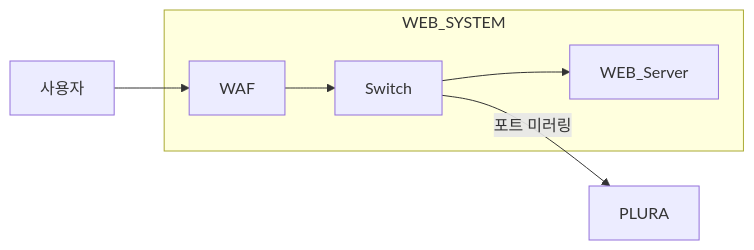
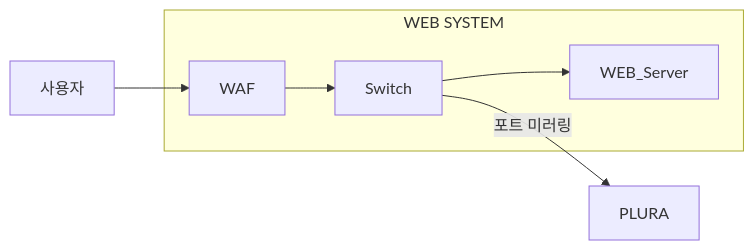
The diagram in benefits/ko/web_traffice_analysis_customer_value.md (qubitsec/plura), drawn with Mermaid before and after one commit.

````diff
--- a/benefits/ko/web_traffice_analysis_customer_value.md
+++ b/benefits/ko/web_traffice_analysis_customer_value.md
@@ -21,13 +21,13 @@
 ```mermaid
 graph LR
     사용자 --> WAF
     WAF --> Switch
     Switch --> WEB_Server
     Switch -- 포트 미러링 --> PLURA
 
-    subgraph WEB_SYSTEM
+    subgraph WEB SYSTEM
         WAF
         Switch
         WEB_Server
     end
 ```
````
